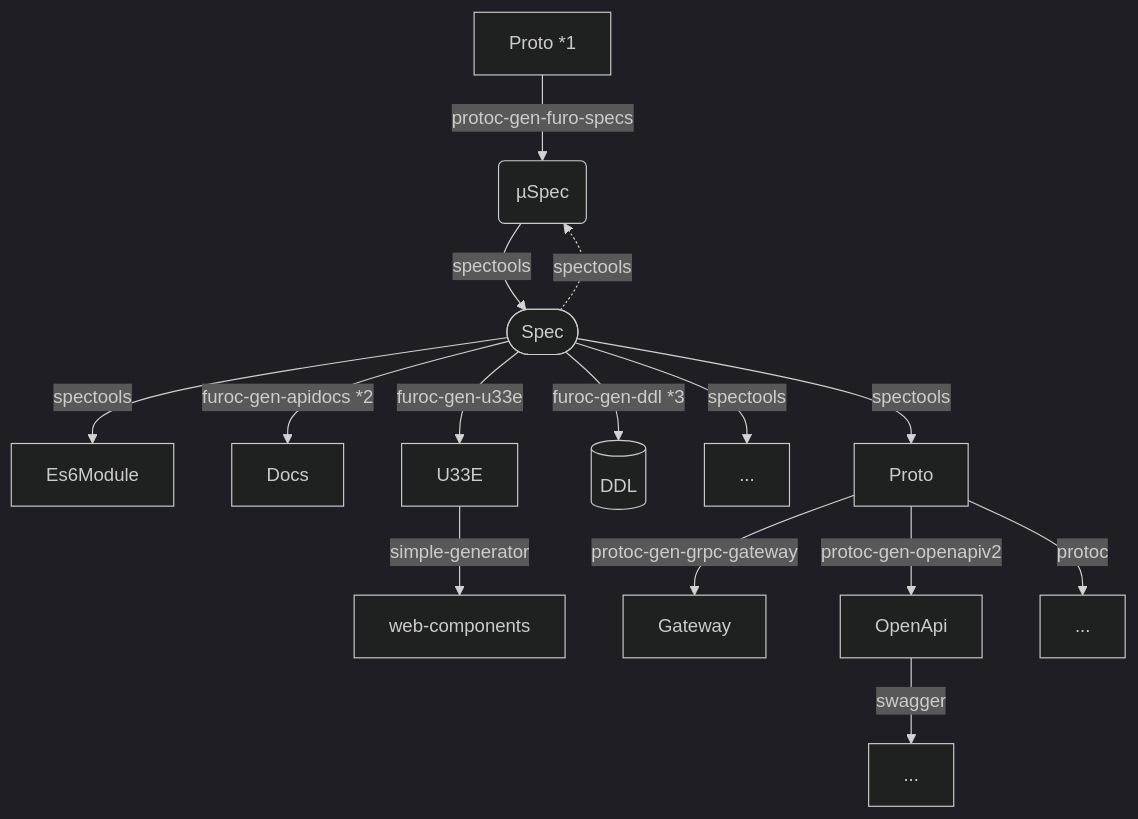
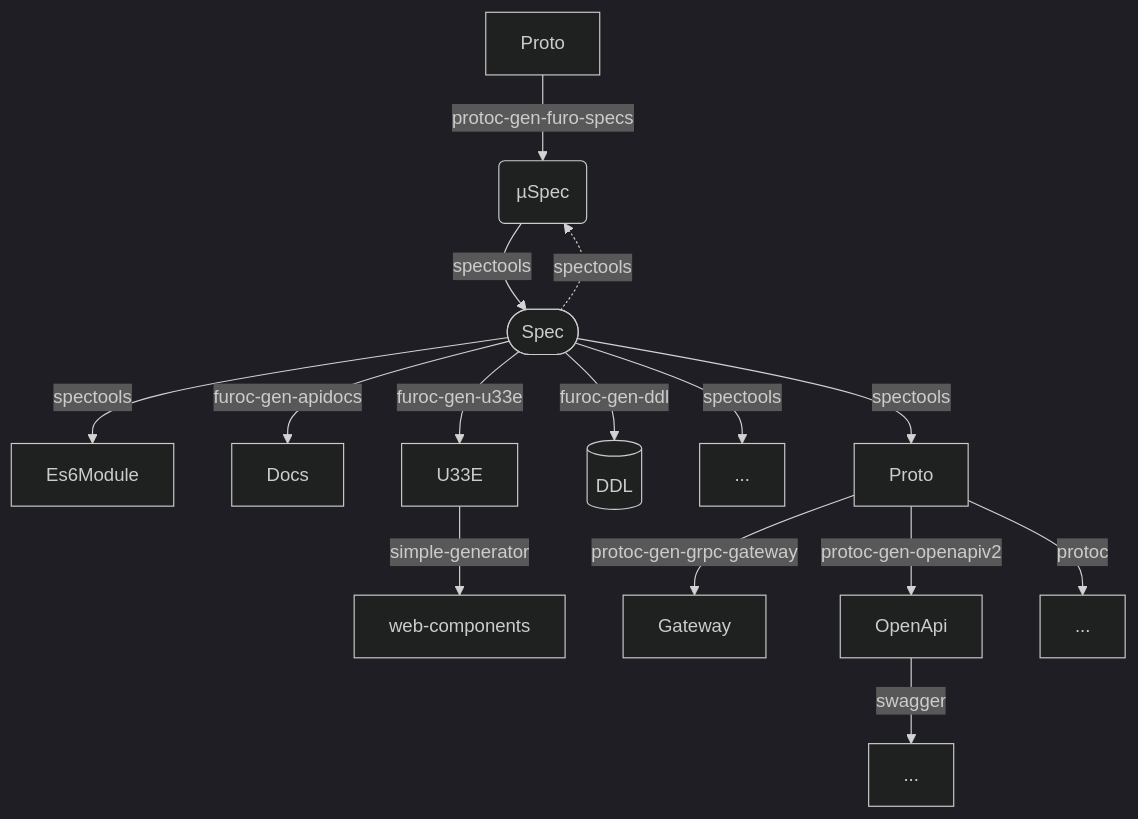
One commit to theNorstroem/spectools changed the diagram in documentation/content/docs/overview.md. Above: the diagram before and after it, drawn with Mermaid (dark theme). The commit also changed other lines of this file and 46 other files, not shown here.

```diff
--- a/documentation/content/docs/overview.md
+++ b/documentation/content/docs/overview.md
@@ -15,24 +19,24 @@
 {{< mermaid >}}
 graph TD
 
 µSpec(µSpec)
 Spec([Spec])
 µSpec-- spectools -->Spec
 Spec-. spectools .->µSpec
-someProto[Proto *1] -- protoc-gen-furo-specs --> µSpec
+someProto[Proto] -- protoc-gen-furo-specs --> µSpec
 
 Spec-- spectools -->Es6Module
-Spec-- furoc-gen-apidocs *2 -->Docs
+Spec-- furoc-gen-apidocs -->Docs
 Spec-- furoc-gen-u33e  -->U33E
 U33E-- simple-generator  -->web-components
-Spec-- furoc-gen-ddl *3  -->ddl[(DDL)]
+Spec-- furoc-gen-ddl -->ddl[(DDL)]
 Spec-- spectools  -->xs[...]
 Spec-- spectools -->Proto
 
 
 Proto-- protoc-gen-grpc-gateway  -->Gateway
 Proto-- protoc-gen-openapiv2  -->OpenApi
 OpenApi-- swagger  -->xo[...]
 Proto-- protoc  -->xp[...]
 
 {{< /mermaid >}}
```
